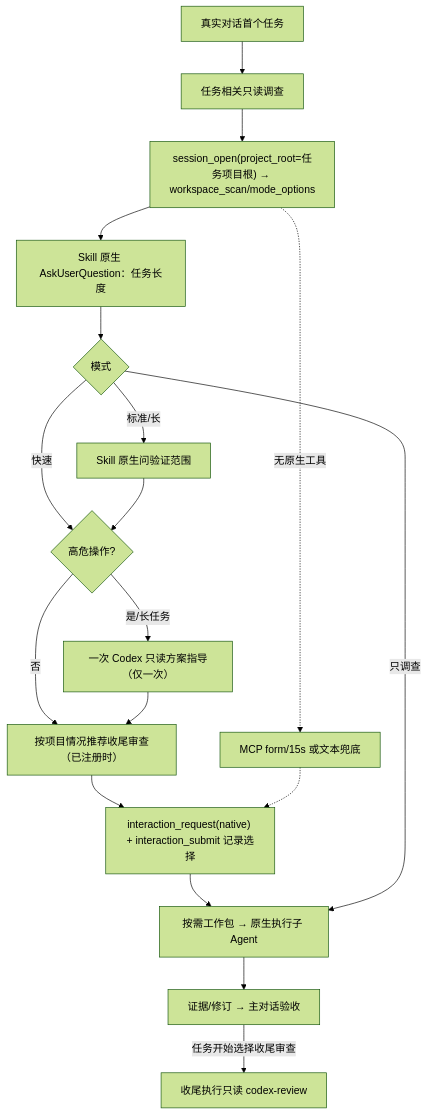
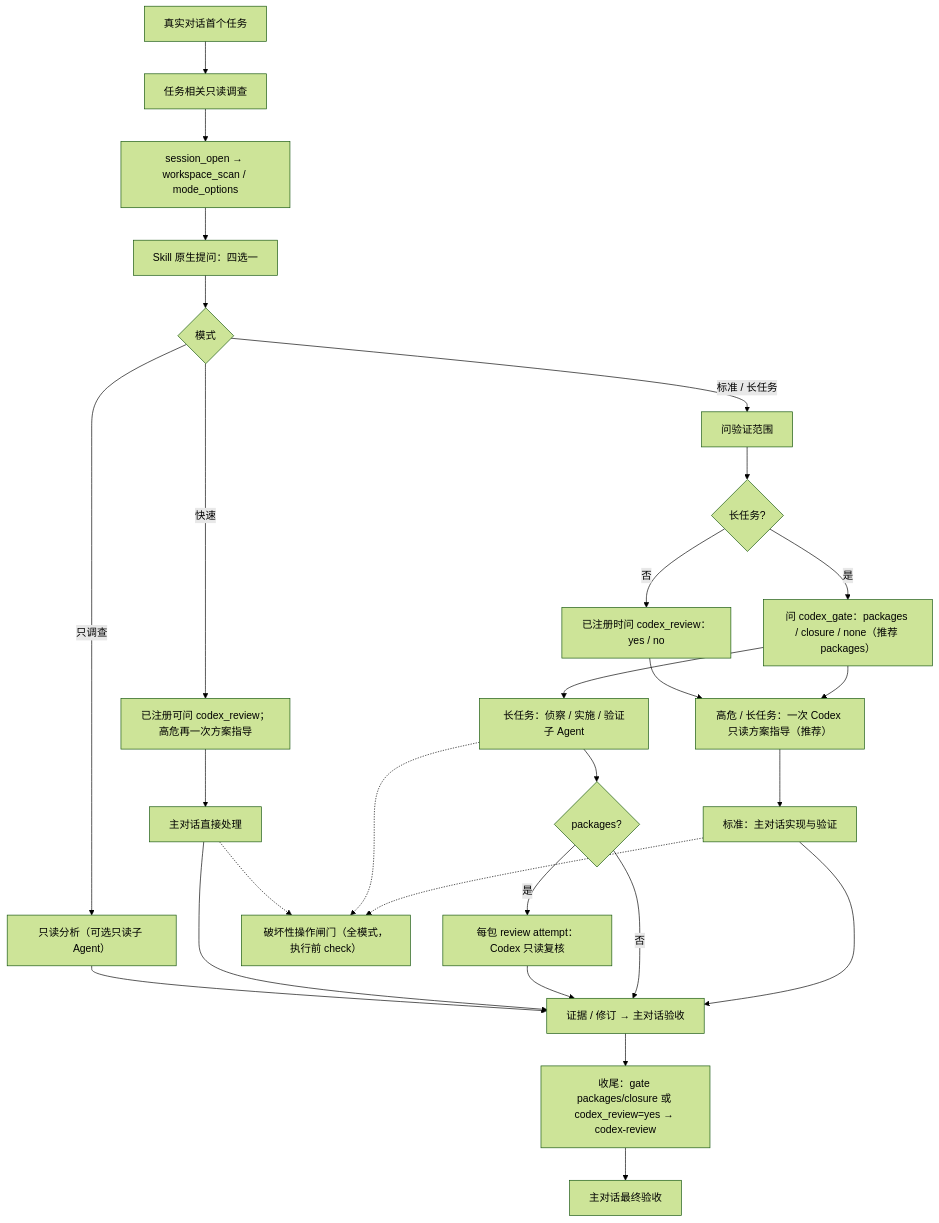
Before and after one commit to jinsc123654/single-conversation-subagent-skill: the diagram in README.md, drawn with Mermaid (forest theme). The commit also changed other lines of this file and 32 other files, not shown here.

First line of the commit message:
feat: SCS 3.0 long-task roles, Codex review gate, run map and destructive gate

````diff
--- a/README.md
+++ b/README.md
@@ -7,20 +7,30 @@
 ```mermaid
 flowchart TD
   S["真实对话首个任务"] --> I["任务相关只读调查"]
-  I --> O["session_open(project_root=任务项目根) → workspace_scan/mode_options"]
-  O --> A["Skill 原生 AskUserQuestion：任务长度"]
+  I --> O["session_open → workspace_scan / mode_options"]
+  O --> A["Skill 原生提问：四选一"]
   A --> M{"模式"}
-  M -->|标准/长| V["Skill 原生问验证范围"]
-  M -->|快速| G{"高危操作?"}
-  V --> G
-  G -->|是/长任务| C["一次 Codex 只读方案指导（仅一次）"]
-  G -->|否| K["按项目情况推荐收尾审查（已注册时）"]
-  C --> K
-  K --> R["interaction_request(native) + interaction_submit 记录选择"]
-  R --> P["按需工作包 → 原生执行子 Agent"]
-  M -->|只调查| P
-  P --> E["证据/修订 → 主对话验收"]
-  E -->|任务开始选择收尾审查| X["收尾执行只读 codex-review"]
-  O -.->|无原生工具| F["MCP form/15s 或文本兜底"]
-  F -.-> R
+  M -->|标准 / 长任务| V["问验证范围"]
+  V --> L{"长任务?"}
+  L -->|是| G["问 codex_gate：packages / closure / none（推荐 packages）"]
+  L -->|否| R["已注册时问 codex_review：yes / no"]
+  G --> C["高危 / 长任务：一次 Codex 只读方案指导（推荐）"]
+  R --> C
+  C --> P["标准：主对话实现与验证"]
+  G --> W["长任务：侦察 / 实施 / 验证子 Agent"]
+  M -->|快速| Q["已注册可问 codex_review；高危再一次方案指导"]
+  Q --> F["主对话直接处理"]
+  M -->|只调查| D["只读分析（可选只读子 Agent）"]
+  P --> E["证据 / 修订 → 主对话验收"]
+  W --> RV{"packages?"}
+  RV -->|是| T["每包 review attempt：Codex 只读复核"]
+  RV -->|否| E
+  T --> E
+  F --> E
+  D --> E
+  E --> X["收尾：gate packages/closure 或 codex_review=yes → codex-review"]
+  P -.-> H["破坏性操作闸门（全模式，执行前 check）"]
+  W -.-> H
+  F -.-> H
+  X --> Z["主对话最终验收"]
 ```
````
